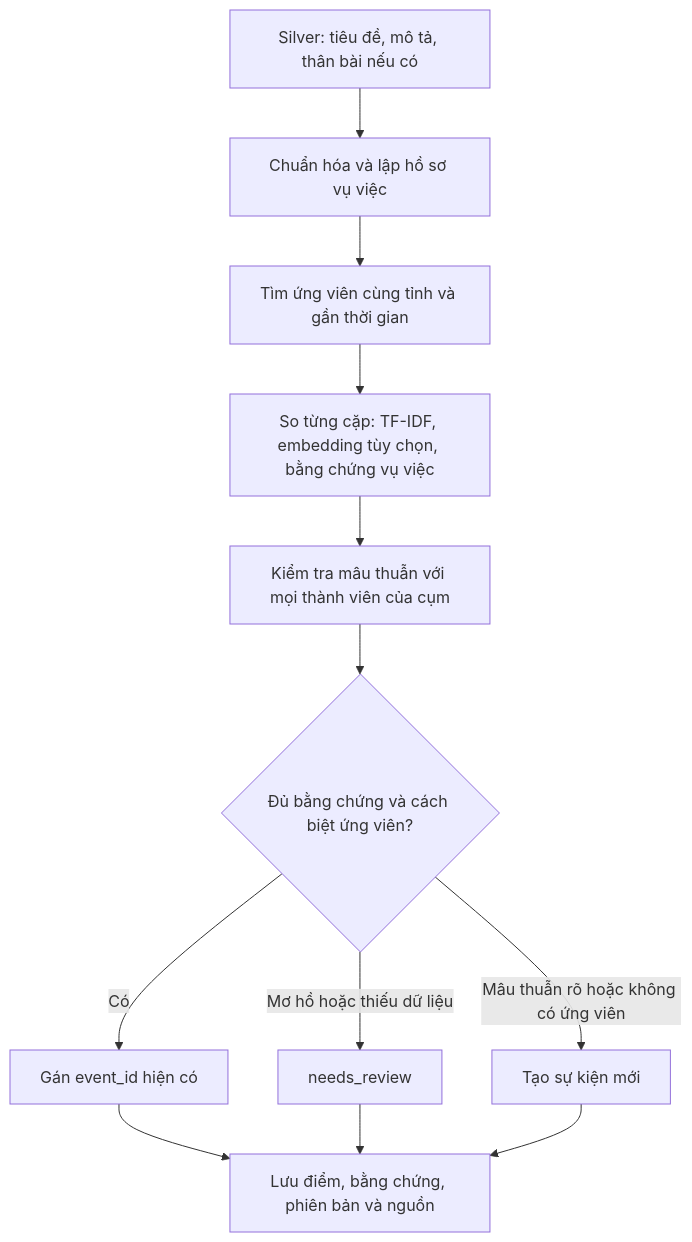
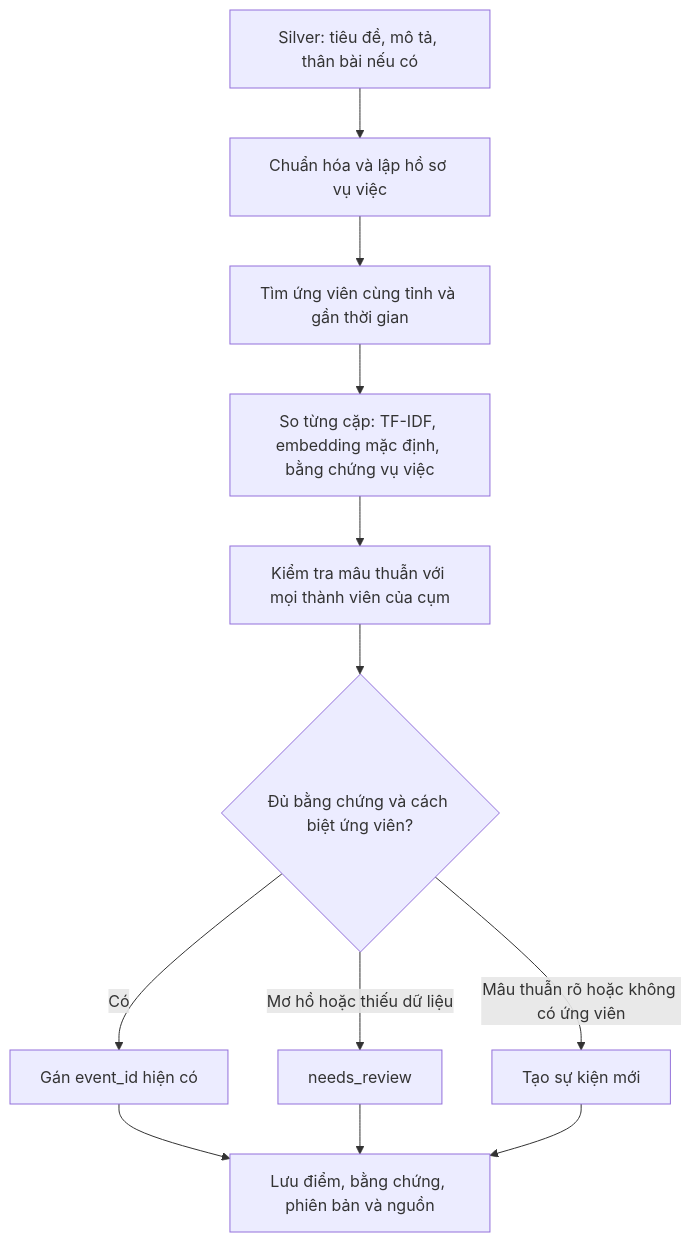
The diagram in docs/details/event_matching_v2.md (nguyenquanganh102006-beep/News-Big-Data-Platform), drawn with Mermaid before and after one commit. The commit also changed other lines of this file and 16 other files, not shown here.

````diff
--- a/docs/details/event_matching_v2.md
+++ b/docs/details/event_matching_v2.md
@@ -7,14 +7,14 @@
 ```mermaid
 flowchart TD
     A[Silver: tiêu đề, mô tả, thân bài nếu có] --> B[Chuẩn hóa và lập hồ sơ vụ việc]
     B --> C[Tìm ứng viên cùng tỉnh và gần thời gian]
-    C --> D[So từng cặp: TF-IDF, embedding tùy chọn, bằng chứng vụ việc]
+    C --> D[So từng cặp: TF-IDF, embedding mặc định, bằng chứng vụ việc]
     D --> E[Kiểm tra mâu thuẫn với mọi thành viên của cụm]
     E --> F{Đủ bằng chứng và cách biệt ứng viên?}
     F -->|Có| G[Gán event_id hiện có]
     F -->|Mơ hồ hoặc thiếu dữ liệu| H[needs_review]
     F -->|Mâu thuẫn rõ hoặc không có ứng viên| I[Tạo sự kiện mới]
     G --> J[Lưu điểm, bằng chứng, phiên bản và nguồn]
     H --> J
     I --> J
 ```
````
